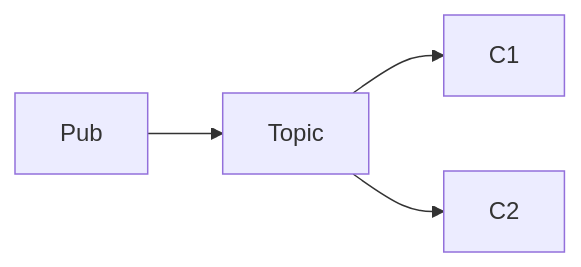
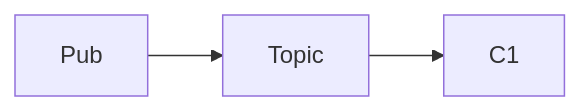
One commit to rohinagrawal/Quest changed the diagram in .agents/skills/refine-problem-statement/references/patterns.md. Above: the diagram before and after it, drawn with Mermaid. The commit also changed other lines of this file and 2 other files, not shown here.

````diff
--- a/.agents/skills/refine-problem-statement/references/patterns.md
+++ b/.agents/skills/refine-problem-statement/references/patterns.md
@@ -164,5 +193,4 @@
 ```mermaid
 flowchart LR
   Pub --> Topic --> C1
-  Topic --> C2
 ```
````
